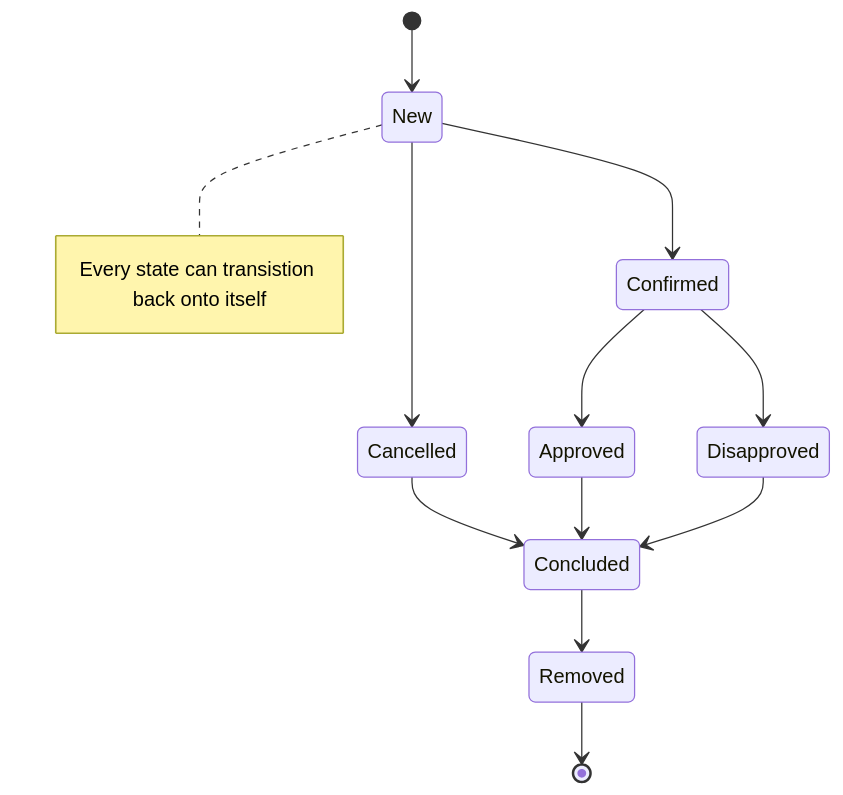
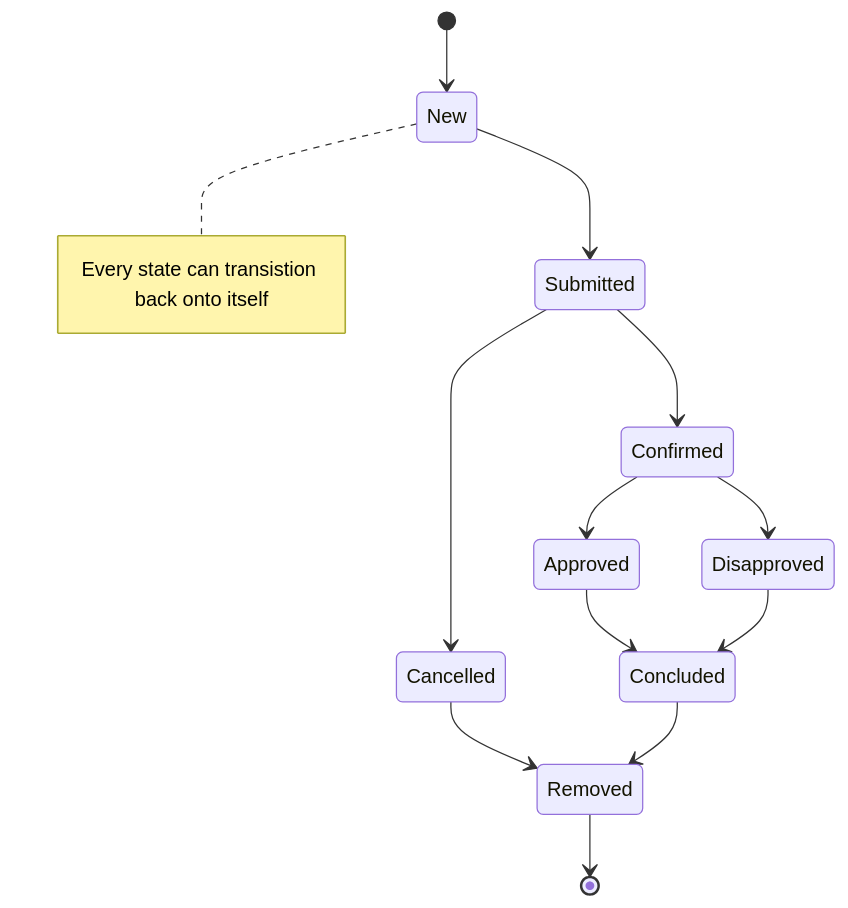
The first of 2 diagrams in documentation/restapis.md (fankersmit/Authorisations), drawn with Mermaid before and after one commit. The commit also changed other lines of this file and 11 other files, not shown here.

````diff
--- a/documentation/restapis.md
+++ b/documentation/restapis.md
@@ -63,17 +67,17 @@
 ```mermaid
 stateDiagram
     [*] --> New
     Removed --> [*]
-
-    New --> Confirmed
     note right of New 
       Every state can transistion back onto itself
-    end note   
-    New --> Cancelled
+    end note 
+    New --> Submitted
+    Submitted --> Cancelled
+    Submitted --> Confirmed
+    Cancelled --> Removed
     Confirmed --> Approved
     Confirmed --> Disapproved
-    Cancelled --> Concluded
     Approved --> Concluded
     Disapproved --> Concluded
     Concluded --> Removed
-```
+```    
````
